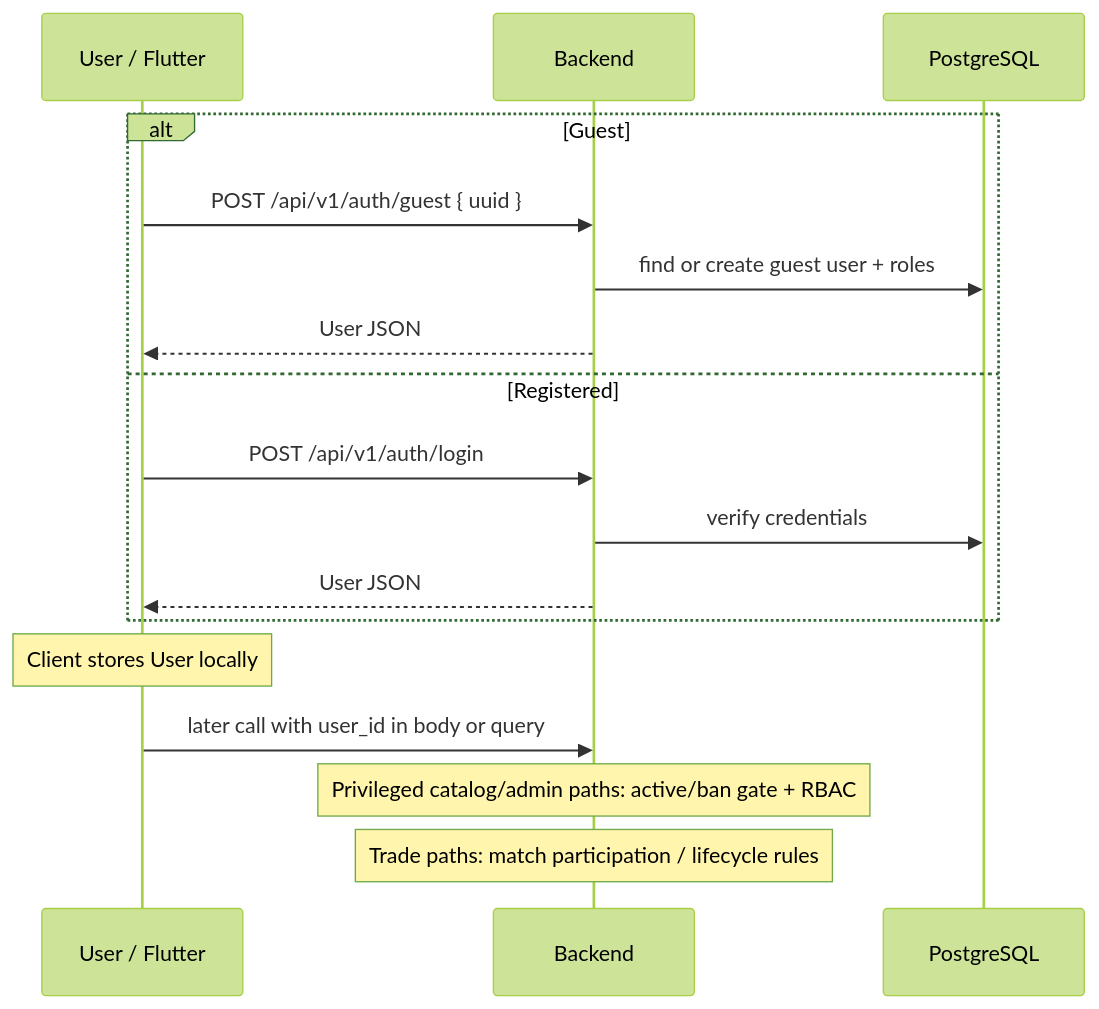
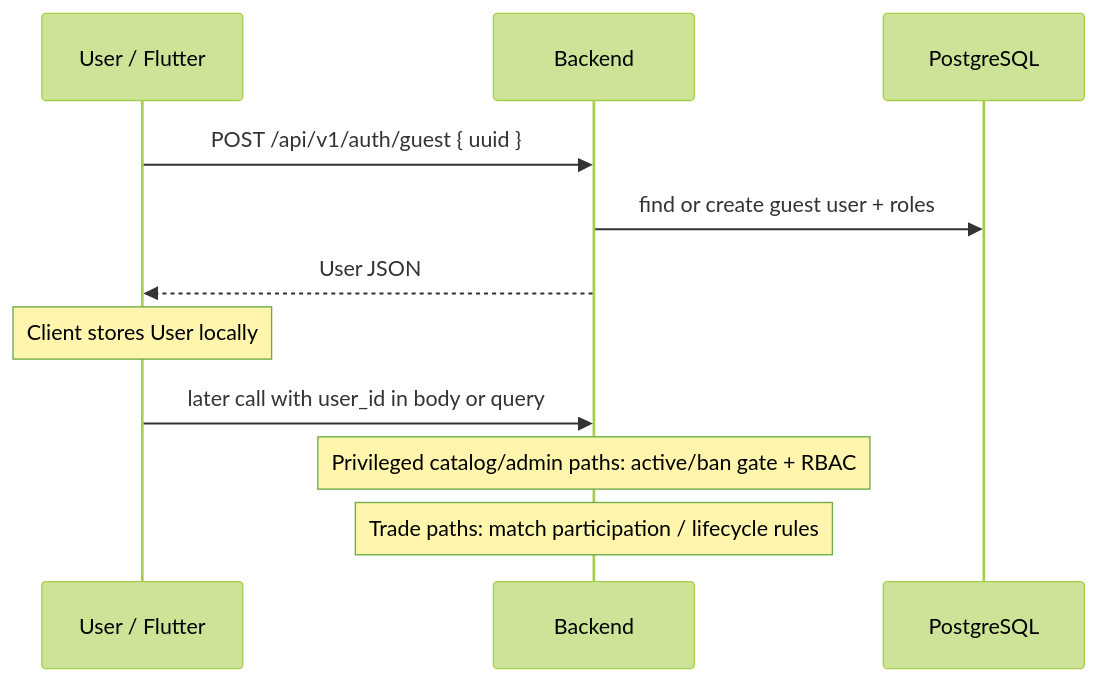
Before and after one commit to menonu/ymatch: the first of 6 diagrams in docs/explanation/architecture/06-runtime.md, drawn with Mermaid (forest theme). The commit also changed other lines of this file and 13 other files, not shown here.

First line of the commit message:
refactor(frontend): drop password login and signup from AuthController

````diff
--- a/docs/explanation/architecture/06-runtime.md
+++ b/docs/explanation/architecture/06-runtime.md
@@ -25,20 +25,14 @@
 ```mermaid
 sequenceDiagram
   participant U as User / Flutter
   participant API as Backend
   participant DB as PostgreSQL
 
-  alt Guest
-    U->>API: POST /api/v1/auth/guest { uuid }
-    API->>DB: find or create guest user + roles
-    API-->>U: User JSON
-  else Registered
-    U->>API: POST /api/v1/auth/login
-    API->>DB: verify credentials
-    API-->>U: User JSON
-  end
+  U->>API: POST /api/v1/auth/guest { uuid }
+  API->>DB: find or create guest user + roles
+  API-->>U: User JSON
   Note over U: Client stores User locally
   U->>API: later call with user_id in body or query
   Note over API: Privileged catalog/admin paths: active/ban gate + RBAC
   Note over API: Trade paths: match participation / lifecycle rules
 ```
````
